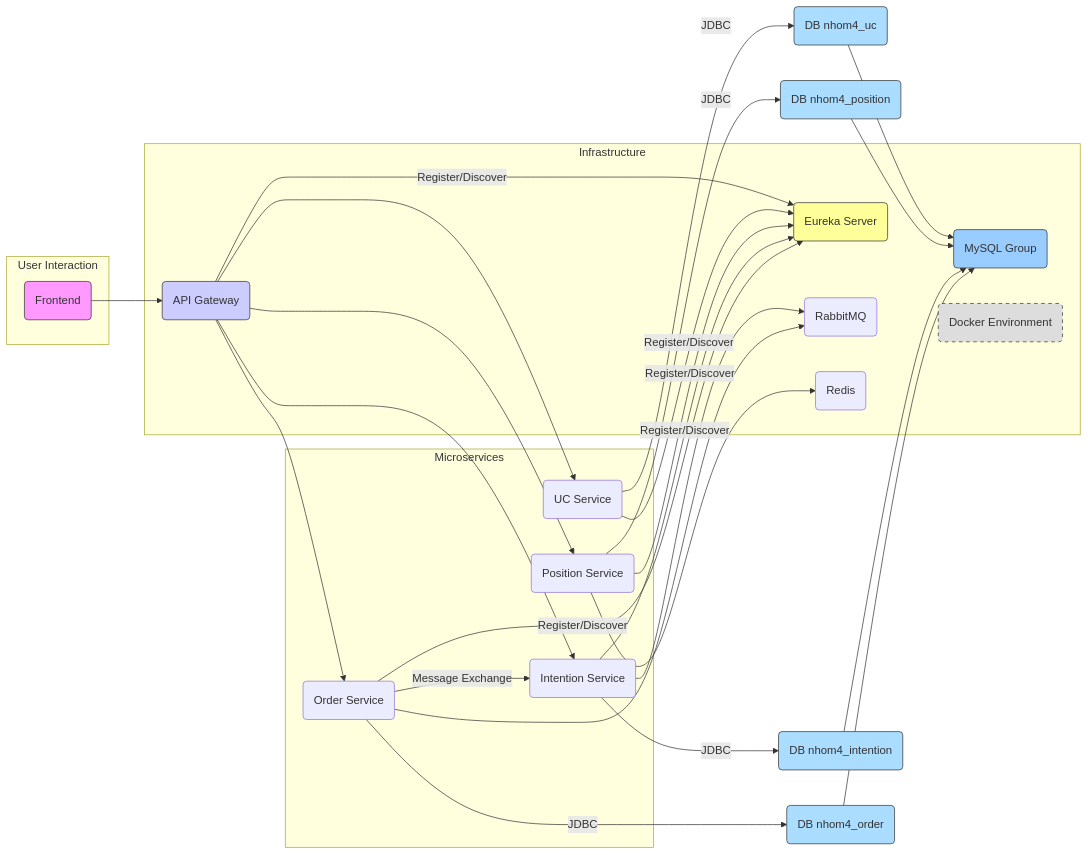
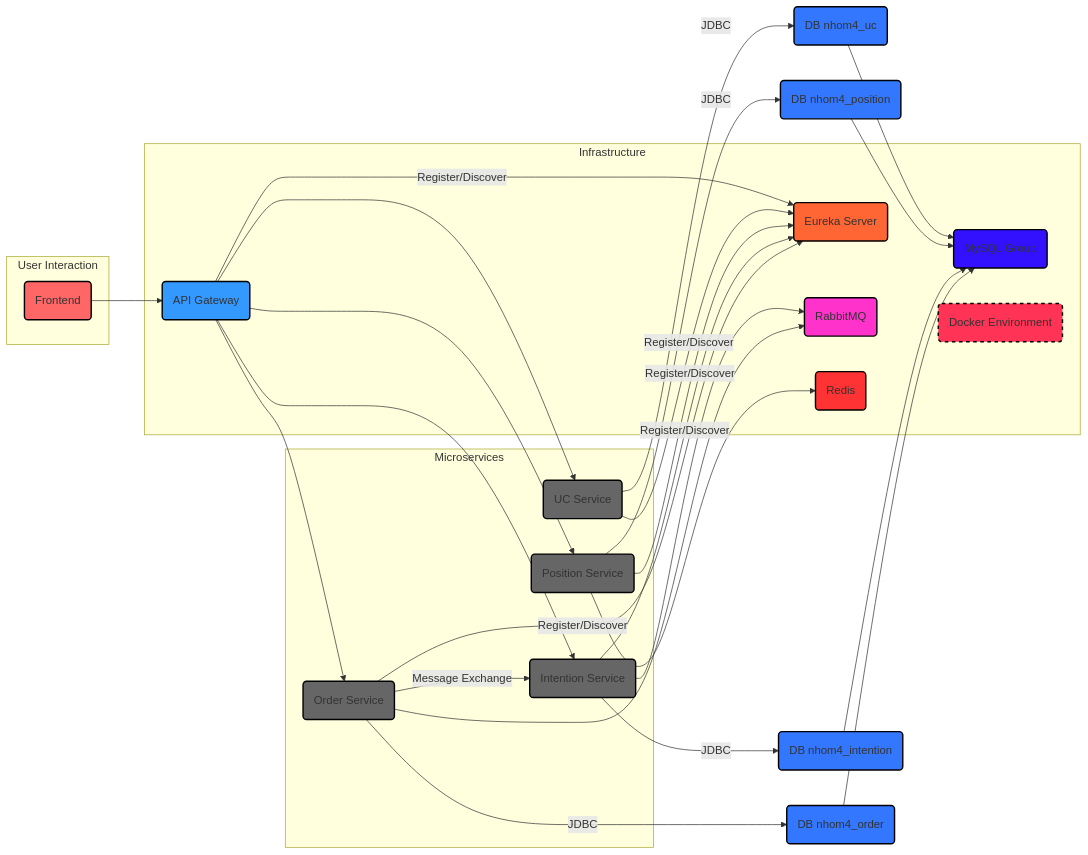
Before and after one commit to TanhHolland/HDV: the diagram in docs/analysis-and-design.md, drawn with Mermaid.

````diff
--- a/docs/analysis-and-design.md
+++ b/docs/analysis-and-design.md
@@ -98,68 +98,73 @@
 ```mermaid
  graph LR
     subgraph "User Interaction"
         FE(Frontend)
     end
 
     subgraph "Infrastructure"
         GW(API Gateway)
         Eureka(Eureka Server)
         MySQL(MySQL Group)
         rabbit(RabbitMQ)
         Docker(Docker Environment)
         Redis(Redis)
     end
 
     subgraph "Microservices"
         OrderSvc(Order Service)
         IntentionSvc(Intention Service)
         PositionSvc(Position Service)
         UCSvc(UC Service)
     end
 
     
     %% Interactions
     FE --> GW
     GW --> OrderSvc
     GW --> PositionSvc
     GW --> IntentionSvc
     GW --> UCSvc
 
     OrderSvc -- Register/Discover --> Eureka
     IntentionSvc -- Register/Discover --> Eureka
     PositionSvc -- Register/Discover --> Eureka
     UCSvc -- Register/Discover --> Eureka
     GW -- Register/Discover --> Eureka
 
     %% Database Connections
     OrderSvc -- JDBC --> MySQL_nhom4_order(DB nhom4_order)
     IntentionSvc -- JDBC --> MySQL_nhom4_intention(DB nhom4_intention)
     PositionSvc -- JDBC --> MySQL_nhom4_position(DB nhom4_position)
     UCSvc -- JDBC --> MySQL_nhom4_uc(DB nhom4_uc)
 
     %% Redis Connection
     PositionSvc --> Redis
     
     %% RabbitMQ Interactions
     OrderSvc --> rabbit
     IntentionSvc --> rabbit
     OrderSvc -- Message Exchange --> IntentionSvc
 
     %% Group DBs visually under MySQL
     MySQL_nhom4_order --> MySQL
     MySQL_nhom4_intention --> MySQL
     MySQL_nhom4_position --> MySQL
     MySQL_nhom4_uc --> MySQL
 
-
-    %% Styling (Optional)
-    style FE fill:#f9f,stroke:#333,stroke-width:1px
-    style GW fill:#ccf,stroke:#333,stroke-width:1px
-    style Eureka fill:#ff9,stroke:#333,stroke-width:1px
-    style MySQL fill:#9cf,stroke:#333,stroke-width:1px
-    style Docker fill:#ddd,stroke:#333,stroke-width:1px,stroke-dasharray: 5 5
-    style MySQL_nhom4_order fill:#adf,stroke:#333,stroke-width:1px
-    style MySQL_nhom4_intention fill:#adf,stroke:#333,stroke-width:1px
-    style MySQL_nhom4_position fill:#adf,stroke:#333,stroke-width:1px
-    style MySQL_nhom4_uc fill:#adf,stroke:#333,stroke-width:1px
+    %% Adjusted Styling for GitHub (High contrast for text readability)
+    style FE fill:#ff6666,stroke:#000000,stroke-width:2px
+    style GW fill:#3399ff,stroke:#000000,stroke-width:2px
+    style Eureka fill:#ff6633,stroke:#000000,stroke-width:2px
+    style MySQL fill:#3311ff,stroke:#000000,stroke-width:2px
+    style Docker fill:#ff3355,stroke:#000000,stroke-width:2px,stroke-dasharray: 5 5
+    style MySQL_nhom4_order fill:#3377ff,stroke:#000000,stroke-width:2px
+    style MySQL_nhom4_intention fill:#3377ff,stroke:#000000,stroke-width:2px
+    style MySQL_nhom4_position fill:#3377ff,stroke:#000000,stroke-width:2px
+    style MySQL_nhom4_uc fill:#3377ff,stroke:#000000,stroke-width:2px
+    style rabbit fill:#ff33cc,stroke:#000000,stroke-width:2px
+    style Redis fill:#ff3333,stroke:#000000,stroke-width:2px
+    style OrderSvc fill:#666666,stroke:#000000,stroke-width:2px
+    style IntentionSvc fill:#666666,stroke:#000000,stroke-width:2px
+    style PositionSvc fill:#666666,stroke:#000000,stroke-width:2px
+    style UCSvc fill:#666666,stroke:#000000,stroke-width:2px
 ```
````
